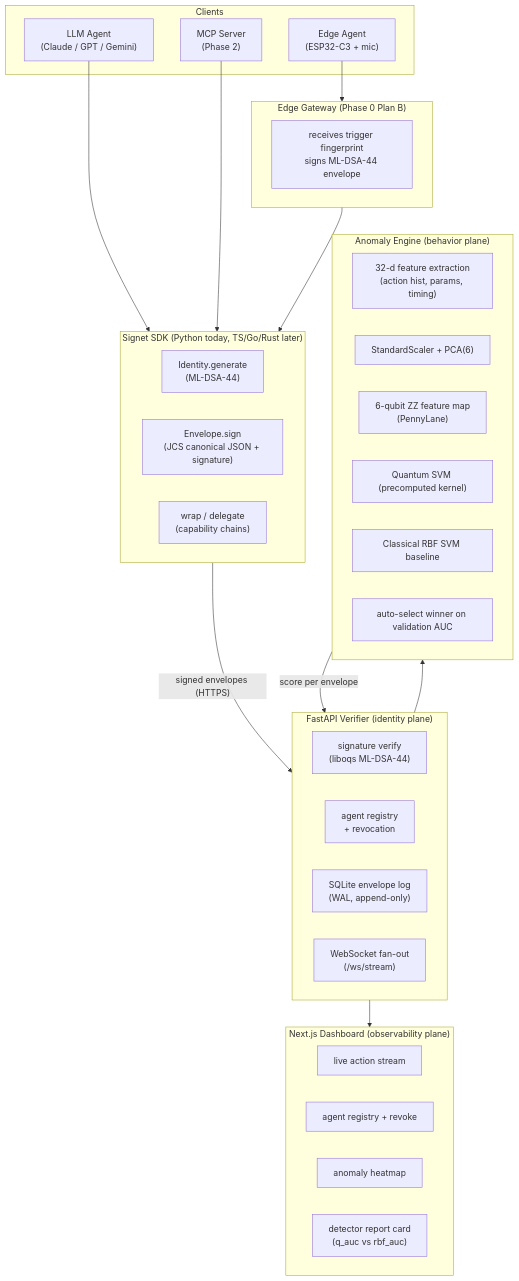
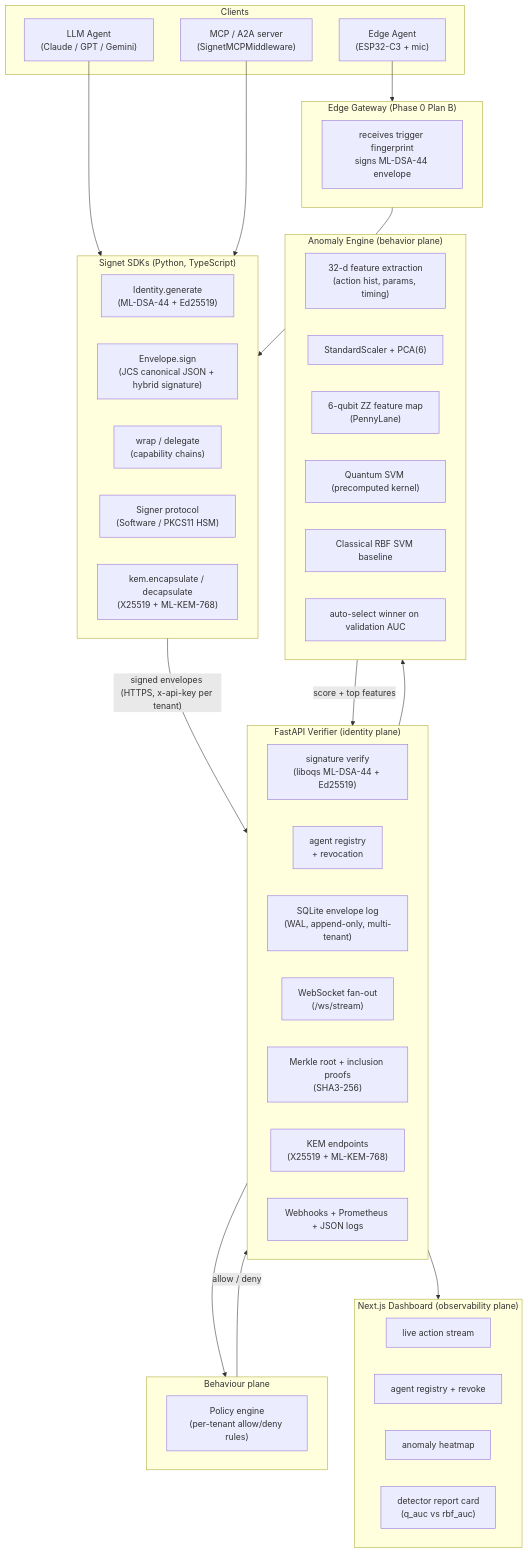
The diagram in docs/ARCHITECTURE.md (ashutosh887/Signet), drawn with Mermaid before and after one commit. The commit also changed other lines of this file and 1 other file, not shown here.

Commit message:
feat: Enhance architecture documentation with hybrid KEM and multi-tenancy details

````diff
--- a/docs/ARCHITECTURE.md
+++ b/docs/ARCHITECTURE.md
@@ -5,50 +5,61 @@
 ```mermaid
 flowchart TB
   subgraph Clients["Clients"]
     A1["LLM Agent<br/>(Claude / GPT / Gemini)"]
     A2["Edge Agent<br/>(ESP32-C3 + mic)"]
-    A3["MCP Server<br/>(Phase 2)"]
+    A3["MCP / A2A server<br/>(SignetMCPMiddleware)"]
   end
 
-  subgraph SDK["Signet SDK (Python today, TS/Go/Rust later)"]
-    S1["Identity.generate<br/>(ML-DSA-44)"]
-    S2["Envelope.sign<br/>(JCS canonical JSON + signature)"]
+  subgraph SDK["Signet SDKs (Python, TypeScript)"]
+    S1["Identity.generate<br/>(ML-DSA-44 + Ed25519)"]
+    S2["Envelope.sign<br/>(JCS canonical JSON + hybrid signature)"]
     S3["wrap / delegate<br/>(capability chains)"]
+    S4["Signer protocol<br/>(Software / PKCS11 HSM)"]
+    S5["kem.encapsulate / decapsulate<br/>(X25519 + ML-KEM-768)"]
   end
 
   subgraph GW["Edge Gateway (Phase 0 Plan B)"]
     G1["receives trigger fingerprint<br/>signs ML-DSA-44 envelope"]
   end
 
   subgraph Verifier["FastAPI Verifier (identity plane)"]
-    V1["signature verify<br/>(liboqs ML-DSA-44)"]
+    V1["signature verify<br/>(liboqs ML-DSA-44 + Ed25519)"]
     V2["agent registry<br/>+ revocation"]
-    V3["SQLite envelope log<br/>(WAL, append-only)"]
+    V3["SQLite envelope log<br/>(WAL, append-only, multi-tenant)"]
     V4["WebSocket fan-out<br/>(/ws/stream)"]
+    V5["Merkle root + inclusion proofs<br/>(SHA3-256)"]
+    V6["KEM endpoints<br/>(X25519 + ML-KEM-768)"]
+    V7["Webhooks + Prometheus + JSON logs"]
+  end
+
+  subgraph Behaviour["Behaviour plane"]
+    P1["Policy engine<br/>(per-tenant allow/deny rules)"]
   end
 
   subgraph QAE["Anomaly Engine (behavior plane)"]
     Q1["32-d feature extraction<br/>(action hist, params, timing)"]
     Q2["StandardScaler + PCA(6)"]
     Q3["6-qubit ZZ feature map<br/>(PennyLane)"]
     Q4["Quantum SVM (precomputed kernel)"]
     Q5["Classical RBF SVM baseline"]
     Q6["auto-select winner on validation AUC"]
   end
 
   subgraph Dash["Next.js Dashboard (observability plane)"]
     DA["live action stream"]
     DB["agent registry + revoke"]
     DC["anomaly heatmap"]
     DD["detector report card<br/>(q_auc vs rbf_auc)"]
   end
 
   A1 --> SDK
   A3 --> SDK
   A2 --> GW
   GW --> SDK
-  SDK -- "signed envelopes (HTTPS)" --> Verifier
+  SDK -- "signed envelopes (HTTPS, x-api-key per tenant)" --> Verifier
+  Verifier --> Behaviour
+  Behaviour -- "allow / deny" --> Verifier
   Verifier --> QAE
   Verifier --> Dash
-  QAE -- "score per envelope" --> Verifier
+  QAE -- "score + top features" --> Verifier
 ```
````
